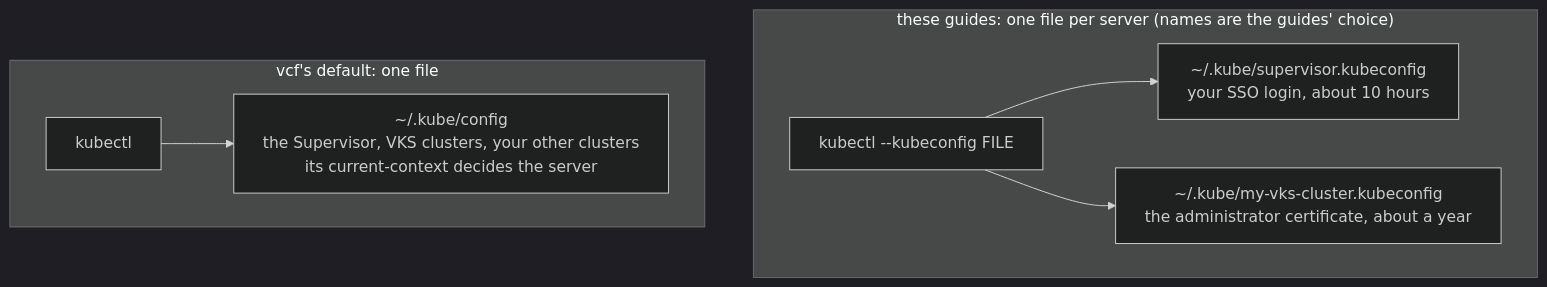
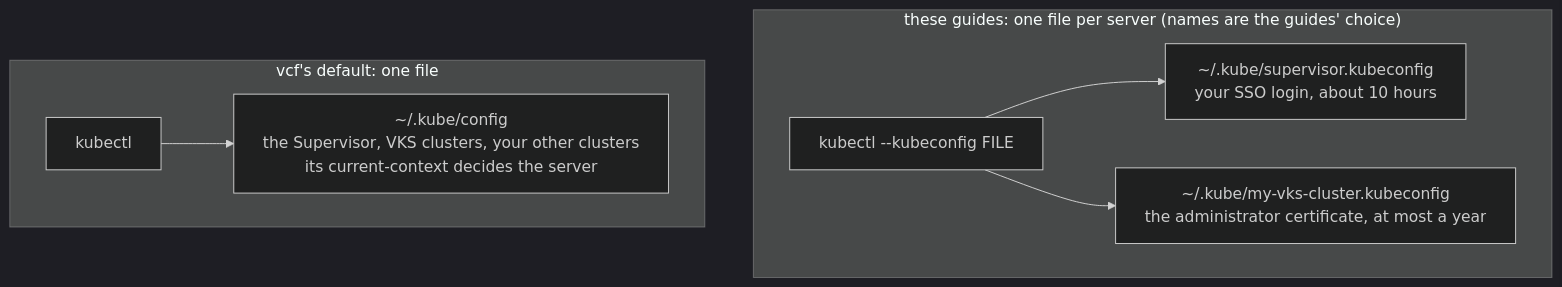
One commit to AndriyKalashnykov/vks-guides changed the second of 2 diagrams in docs/KUBECONFIG.md. Above: the diagram before and after it, drawn with Mermaid (dark theme). The commit also changed 3 other files, not shown here.

````diff
--- a/docs/KUBECONFIG.md
+++ b/docs/KUBECONFIG.md
@@ -122,11 +304,11 @@
 ```mermaid
 %%{init: {"flowchart": {"htmlLabels": false, "wrappingWidth": 600}}}%%
 flowchart TB
   subgraph guides["these guides: one file per server (names are the guides' choice)"]
     gk["kubectl --kubeconfig FILE"] --> gs["~/.kube/supervisor.kubeconfig<br/>your SSO login, about 10 hours"]
-    gk --> gc["~/.kube/my-vks-cluster.kubeconfig<br/>the administrator certificate, about a year"]
+    gk --> gc["~/.kube/my-vks-cluster.kubeconfig<br/>the administrator certificate, at most a year"]
   end
   subgraph def["vcf's default: one file"]
     dk["kubectl"] --> df["~/.kube/config<br/>the Supervisor, VKS clusters, your other clusters<br/>its current-context decides the server"]
   end
 ```
````
